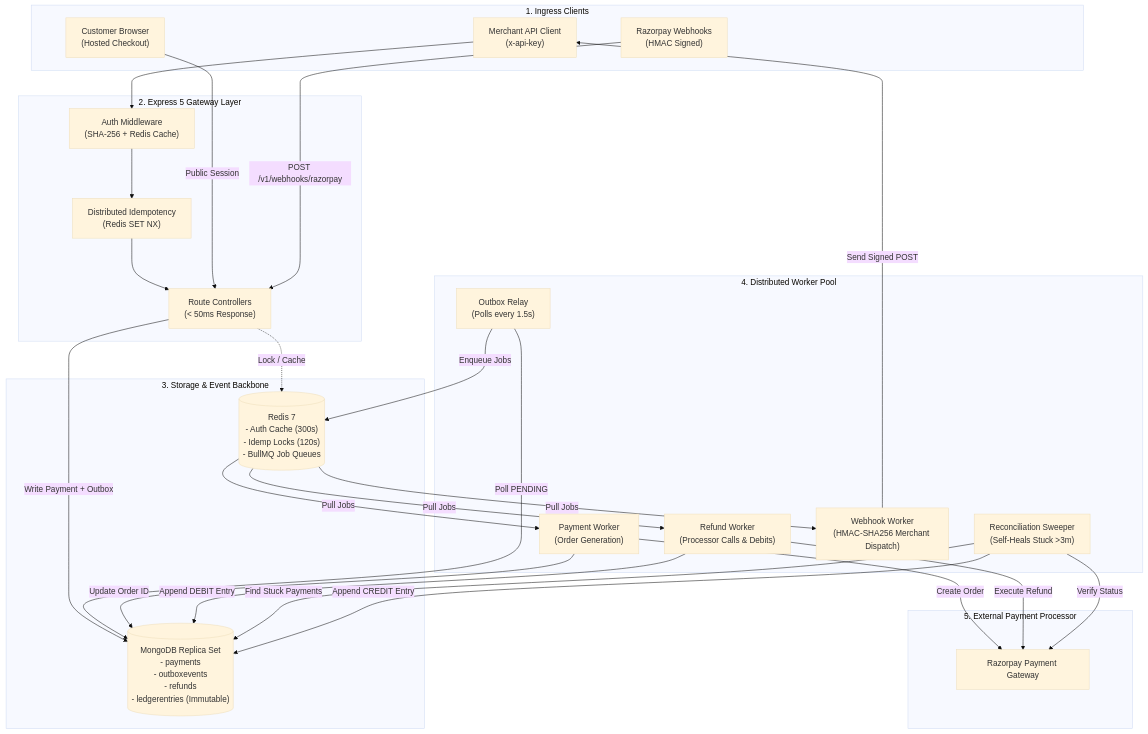
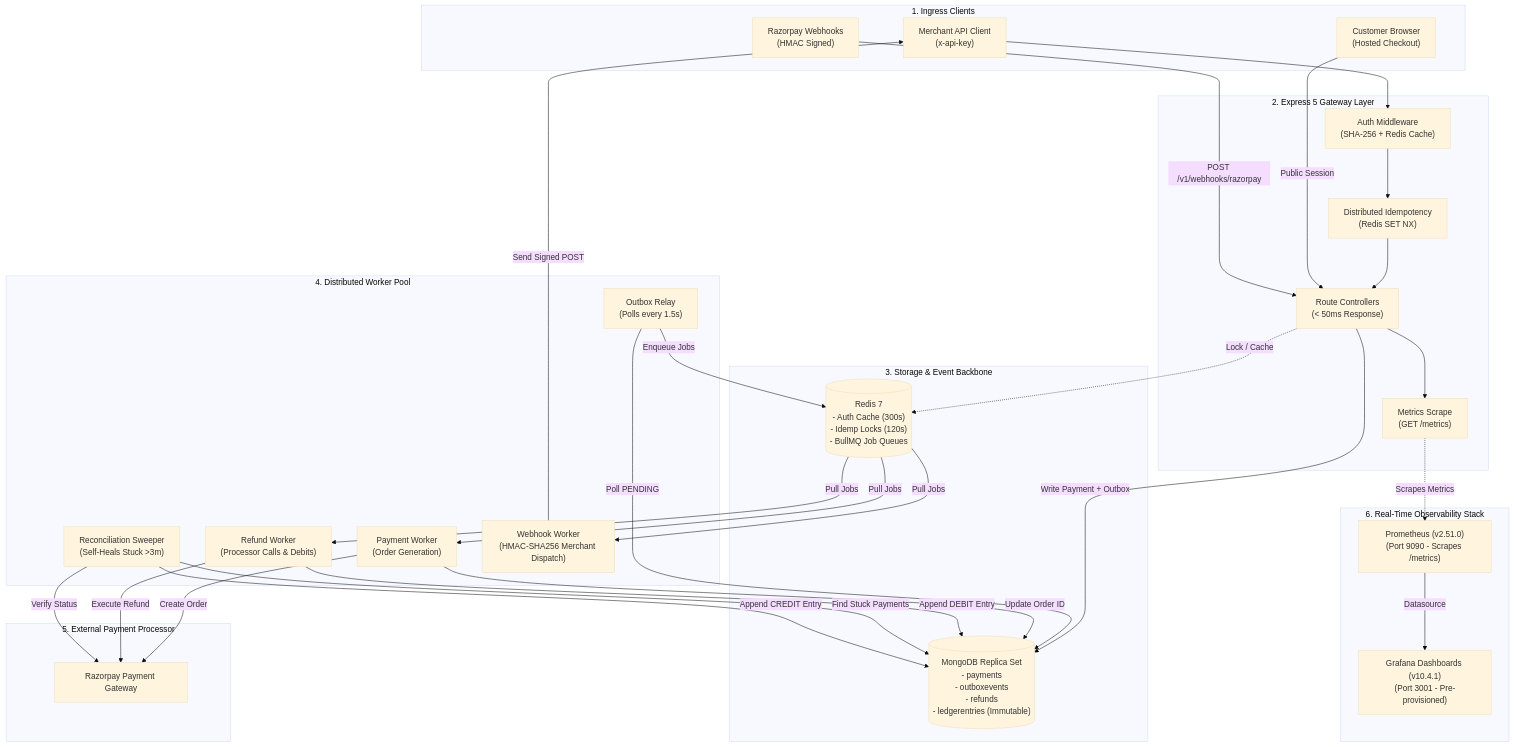
Before and after one commit to buildwithrishabh/Event-Driven-Payment-Gateway: the diagram in README.md, drawn with Mermaid (base theme). The commit also changed other lines of this file and 1 other file, not shown here.

Commit message:
docs: update README and ARCHITECTURE with observability, telemetry, and resilience pillars

````diff
--- a/README.md
+++ b/README.md
@@ -43,64 +46,75 @@
 ```mermaid
 flowchart TB
     subgraph Clients["1. Ingress Clients"]
         Merchant["Merchant API Client\n(x-api-key)"]
         Customer["Customer Browser\n(Hosted Checkout)"]
         UpstreamHook["Razorpay Webhooks\n(HMAC Signed)"]
     end
 
     subgraph Gateway["2. Express 5 Gateway Layer"]
         AuthMW["Auth Middleware\n(SHA-256 + Redis Cache)"]
         IdempMW["Distributed Idempotency\n(Redis SET NX)"]
         HTTPHandler["Route Controllers\n(< 50ms Response)"]
+        MetricsRoute["Metrics Scrape\n(GET /metrics)"]
     end
 
     subgraph DataTier["3. Storage & Event Backbone"]
         RedisTier[("Redis 7\n- Auth Cache (300s)\n- Idemp Locks (120s)\n- BullMQ Job Queues")]
         MongoReplica[("MongoDB Replica Set\n- payments\n- outboxevents\n- refunds\n- ledgerentries (Immutable)")]
     end
 
     subgraph AsyncWorkers["4. Distributed Worker Pool"]
         OutboxRelay["Outbox Relay\n(Polls every 1.5s)"]
         PaymentWorker["Payment Worker\n(Order Generation)"]
         RefundWorker["Refund Worker\n(Processor Calls & Debits)"]
         ReconWorker["Reconciliation Sweeper\n(Self-Heals Stuck >3m)"]
         WebhookWorker["Webhook Worker\n(HMAC-SHA256 Merchant Dispatch)"]
     end
 
     subgraph Processor["5. External Payment Processor"]
         RazorpayAPI["Razorpay Payment Gateway"]
+    end
+
+    subgraph Observability["6. Real-Time Observability Stack"]
+        Prometheus["Prometheus (v2.51.0)\n(Port 9090 - Scrapes /metrics)"]
+        Grafana["Grafana Dashboards (v10.4.1)\n(Port 3001 - Pre-provisioned)"]
     end
 
     %% Ingress flows
     Merchant --> AuthMW
     AuthMW --> IdempMW
     IdempMW --> HTTPHandler
 
     Customer -->|Public Session| HTTPHandler
     UpstreamHook -->|POST /v1/webhooks/razorpay| HTTPHandler
 
     %% Ingress to Storage
     HTTPHandler -->|Write Payment + Outbox| MongoReplica
     HTTPHandler -.->|Lock / Cache| RedisTier
 
     %% Outbox to Queues
     OutboxRelay -->|Poll PENDING| MongoReplica
     OutboxRelay -->|Enqueue Jobs| RedisTier
 
     %% Worker Execution
     RedisTier -->|Pull Jobs| PaymentWorker
     PaymentWorker -->|Create Order| RazorpayAPI
     PaymentWorker -->|Update Order ID| MongoReplica
 
     RedisTier -->|Pull Jobs| RefundWorker
     RefundWorker -->|Execute Refund| RazorpayAPI
     RefundWorker -->|Append DEBIT Entry| MongoReplica
 
     RedisTier -->|Pull Jobs| WebhookWorker
     WebhookWorker -->|Send Signed POST| Merchant
 
     %% Reconciliation
     ReconWorker -->|Find Stuck Payments| MongoReplica
     ReconWorker -->|Verify Status| RazorpayAPI
     ReconWorker -->|Append CREDIT Entry| MongoReplica
+
+    %% Observability flows
+    HTTPHandler --> MetricsRoute
+    MetricsRoute -.->|Scrapes Metrics| Prometheus
+    Prometheus -->|Datasource| Grafana
 ```
````
